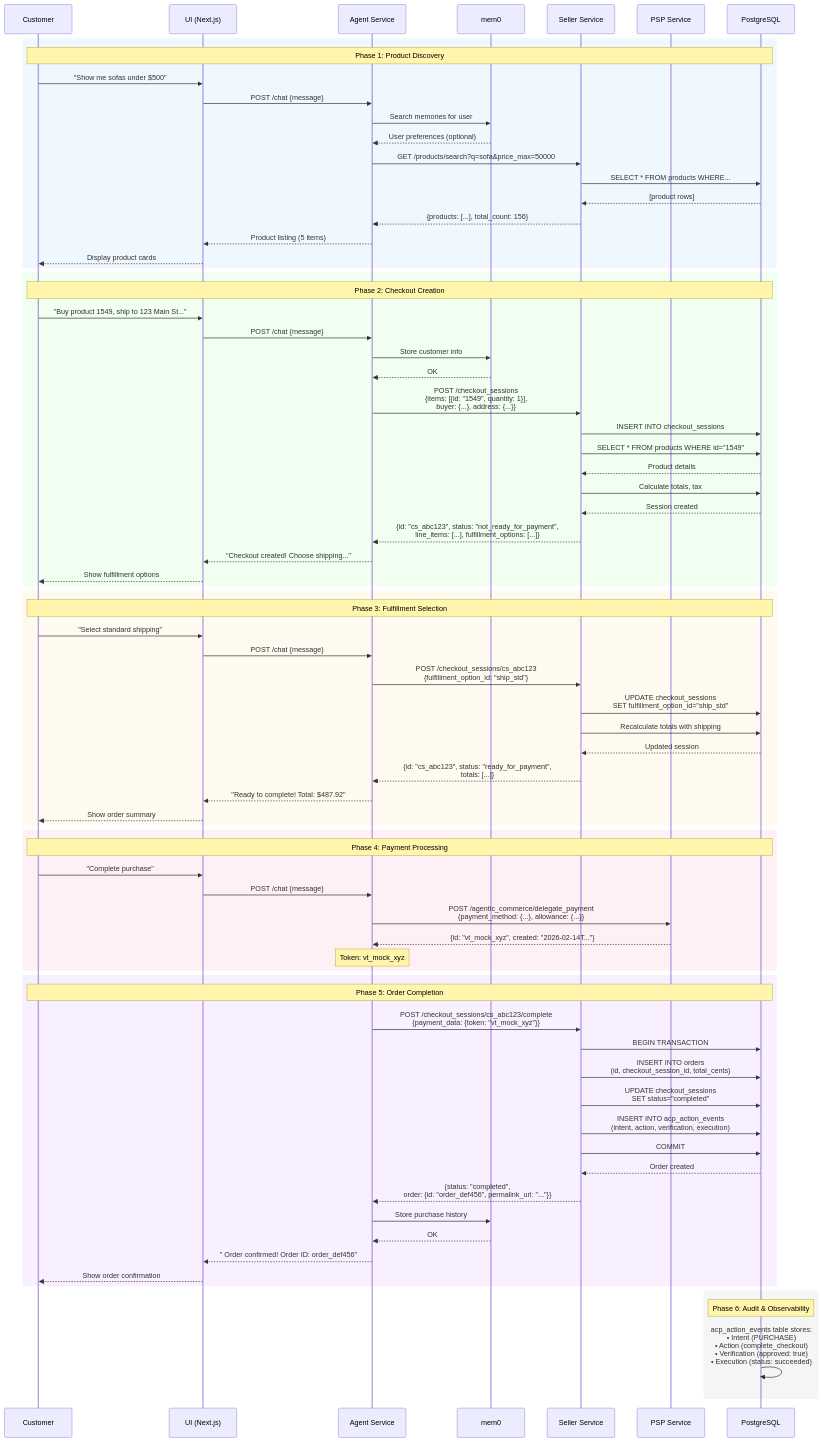
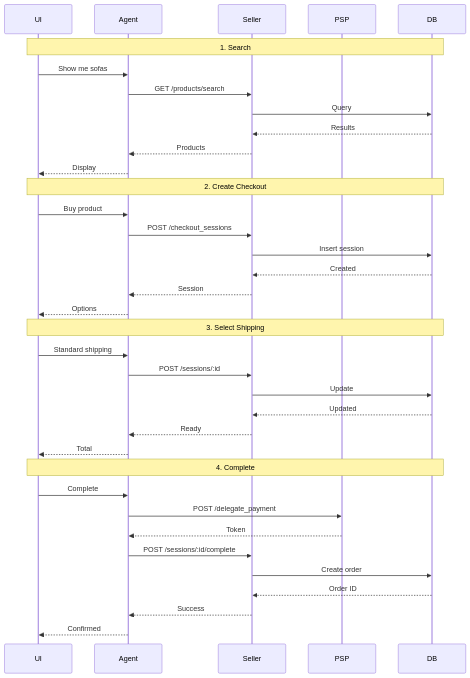
Before and after one commit to shabazpatel/acp-infra: the second of 3 diagrams in README.md, drawn with Mermaid. The commit also changed other lines of this file, not shown here.

````diff
--- a/README.md
+++ b/README.md
@@ -90,90 +73,42 @@
 ```mermaid
 sequenceDiagram
-    participant U as Customer
-    participant UI as UI (Next.js)
-    participant A as Agent Service
-    participant M as mem0
-    participant S as Seller Service
-    participant P as PSP Service
-    participant DB as PostgreSQL
+    participant UI
+    participant Agent
+    participant Seller
+    participant PSP
+    participant DB
 
-    %% 1. Product Search
-    rect rgb(240, 248, 255)
-        Note over U,DB: Phase 1: Product Discovery
-        U->>UI: "Show me sofas under $500"
-        UI->>A: POST /chat {message}
-        A->>M: Search memories for user
-        M-->>A: User preferences (optional)
-        A->>S: GET /products/search?q=sofa&price_max=50000
-        S->>DB: SELECT * FROM products WHERE...
-        DB-->>S: [product rows]
-        S-->>A: {products: [...], total_count: 156}
-        A-->>UI: Product listing (5 items)
-        UI-->>U: Display product cards
-    end
+    Note over UI,DB: 1. Search
+    UI->>Agent: Show me sofas
+    Agent->>Seller: GET /products/search
+    Seller->>DB: Query
+    DB-->>Seller: Results
+    Seller-->>Agent: Products
+    Agent-->>UI: Display
 
-    %% 2. Create Checkout
-    rect rgb(240, 255, 240)
-        Note over U,DB: Phase 2: Checkout Creation
-        U->>UI: "Buy product 1549, ship to 123 Main St..."
-        UI->>A: POST /chat {message}
-        A->>M: Store customer info
-        M-->>A: OK
-        A->>S: POST /checkout_sessions<br/>{items: [{id: "1549", quantity: 1}],<br/>buyer: {...}, address: {...}}
-        S->>DB: INSERT INTO checkout_sessions
-        S->>DB: SELECT * FROM products WHERE id="1549"
-        DB-->>S: Product details
-        S->>DB: Calculate totals, tax
-        DB-->>S: Session created
-        S-->>A: {id: "cs_abc123", status: "not_ready_for_payment",<br/>line_items: [...], fulfillment_options: [...]}
-        A-->>UI: "Checkout created! Choose shipping..."
-        UI-->>U: Show fulfillment options
-    end
+    Note over UI,DB: 2. Create Checkout
+    UI->>Agent: Buy product
+    Agent->>Seller: POST /checkout_sessions
+    Seller->>DB: Insert session
+    DB-->>Seller: Created
+    Seller-->>Agent: Session
+    Agent-->>UI: Options
 
-    %% 3. Update Checkout
-    rect rgb(255, 250, 240)
-        Note over U,DB: Phase 3: Fulfillment Selection
-        U->>UI: "Select standard shipping"
-        UI->>A: POST /chat {message}
-        A->>S: POST /checkout_sessions/cs_abc123<br/>{fulfillment_option_id: "ship_std"}
-        S->>DB: UPDATE checkout_sessions<br/>SET fulfillment_option_id="ship_std"
-        S->>DB: Recalculate totals with shipping
-        DB-->>S: Updated session
-        S-->>A: {id: "cs_abc123", status: "ready_for_payment",<br/>totals: [...]}
-        A-->>UI: "Ready to complete! Total: $487.92"
-        UI-->>U: Show order summary
-    end
+    Note over UI,DB: 3. Select Shipping
+    UI->>Agent: Standard shipping
+    Agent->>Seller: POST /sessions/:id
+    Seller->>DB: Update
+    DB-->>Seller: Updated
+    Seller-->>Agent: Ready
+    Agent-->>UI: Total
 
-    %% 4. Payment Tokenization
-    rect rgb(255, 240, 245)
-        Note over U,DB: Phase 4: Payment Processing
-        U->>UI: "Complete purchase"
-        UI->>A: POST /chat {message}
-        A->>P: POST /agentic_commerce/delegate_payment<br/>{payment_method: {...}, allowance: {...}}
-        P-->>A: {id: "vt_mock_xyz", created: "2026-02-14T..."}
-        Note over A: Token: vt_mock_xyz
-    end
-
-    %% 5. Complete Checkout
-    rect rgb(248, 240, 255)
-        Note over U,DB: Phase 5: Order Completion
-        A->>S: POST /checkout_sessions/cs_abc123/complete<br/>{payment_data: {token: "vt_mock_xyz"}}
-        S->>DB: BEGIN TRANSACTION
-        S->>DB: INSERT INTO orders<br/>(id, checkout_session_id, total_cents)
-        S->>DB: UPDATE checkout_sessions<br/>SET status="completed"
-        S->>DB: INSERT INTO acp_action_events<br/>(intent, action, verification, execution)
-        S->>DB: COMMIT
-        DB-->>S: Order created
-        S-->>A: {status: "completed",<br/>order: {id: "order_def456", permalink_url: "..."}}
-        A->>M: Store purchase history
-        M-->>A: OK
-        A-->>UI: " Order confirmed! Order ID: order_def456"
-        UI-->>U: Show order confirmation
-    end
-
-    %% 6. Audit Trail
-    rect rgb(245, 245, 245)
-        Note over DB: Phase 6: Audit & Observability
-        DB->>DB: acp_action_events table stores:<br/>• Intent (PURCHASE)<br/>• Action (complete_checkout)<br/>• Verification (approved: true)<br/>• Execution (status: succeeded)
-    end
+    Note over UI,DB: 4. Complete
+    UI->>Agent: Complete
+    Agent->>PSP: POST /delegate_payment
+    PSP-->>Agent: Token
+    Agent->>Seller: POST /sessions/:id/complete
+    Seller->>DB: Create order
+    DB-->>Seller: Order ID
+    Seller-->>Agent: Success
+    Agent-->>UI: Confirmed
 ```
````
